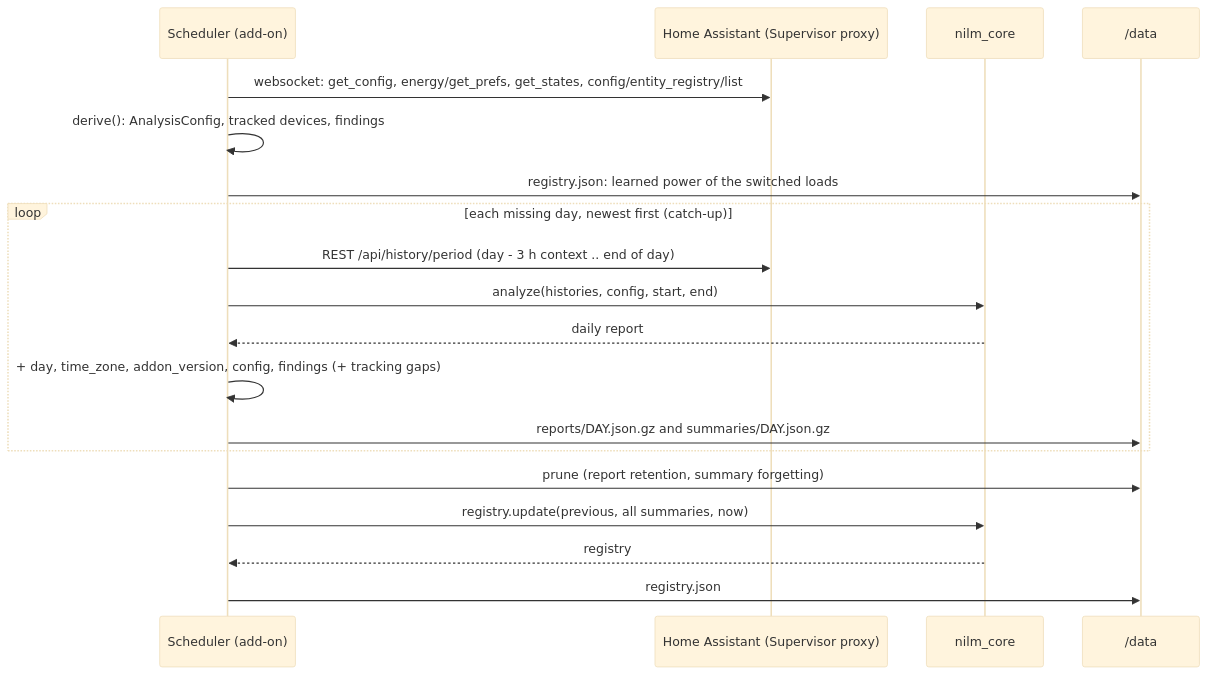
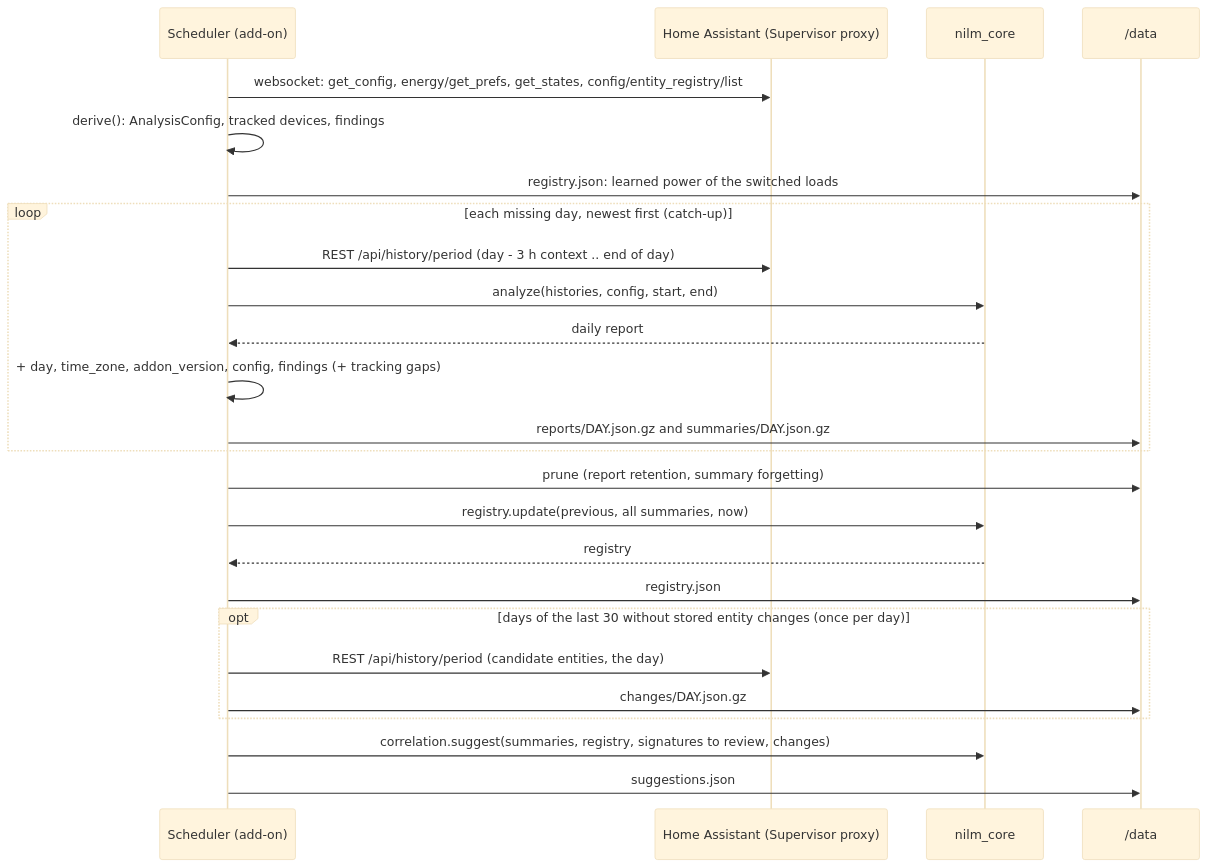
One commit to Aarklendoia/ha-energy-mapper changed the second of 5 diagrams in docs/design.md. Above: the diagram before and after it, drawn with Mermaid (base theme). The commit also changed other lines of this file and 32 other files, not shown here.

First line of the commit message:
Suggest the entity of a signature from Home Assistant state changes (#42)

````diff
--- a/docs/design.md
+++ b/docs/design.md
@@ -100,21 +100,27 @@
 ```mermaid
 sequenceDiagram
   participant S as Scheduler (add-on)
   participant HA as Home Assistant (Supervisor proxy)
   participant E as nilm_core
   participant D as /data
   S->>HA: websocket: get_config, energy/get_prefs, get_states, config/entity_registry/list
   S->>S: derive(): AnalysisConfig, tracked devices, findings
   S->>D: registry.json: learned power of the switched loads
   loop each missing day, newest first (catch-up)
     S->>HA: REST /api/history/period (day - 3 h context .. end of day)
     S->>E: analyze(histories, config, start, end)
     E-->>S: daily report
     S->>S: + day, time_zone, addon_version, config, findings (+ tracking gaps)
     S->>D: reports/DAY.json.gz and summaries/DAY.json.gz
   end
   S->>D: prune (report retention, summary forgetting)
   S->>E: registry.update(previous, all summaries, now)
   E-->>S: registry
   S->>D: registry.json
+  opt days of the last 30 without stored entity changes (once per day)
+    S->>HA: REST /api/history/period (candidate entities, the day)
+    S->>D: changes/DAY.json.gz
+  end
+  S->>E: correlation.suggest(summaries, registry, signatures to review, changes)
+  S->>D: suggestions.json
 ```
````
